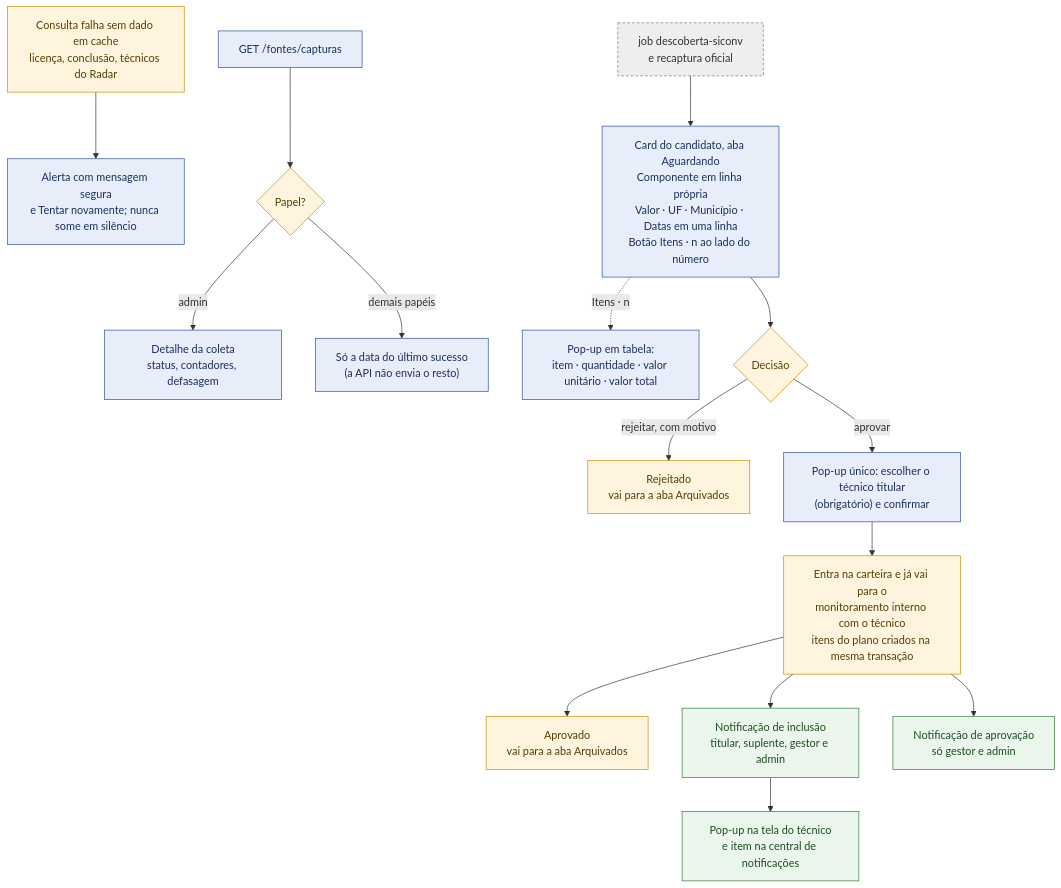
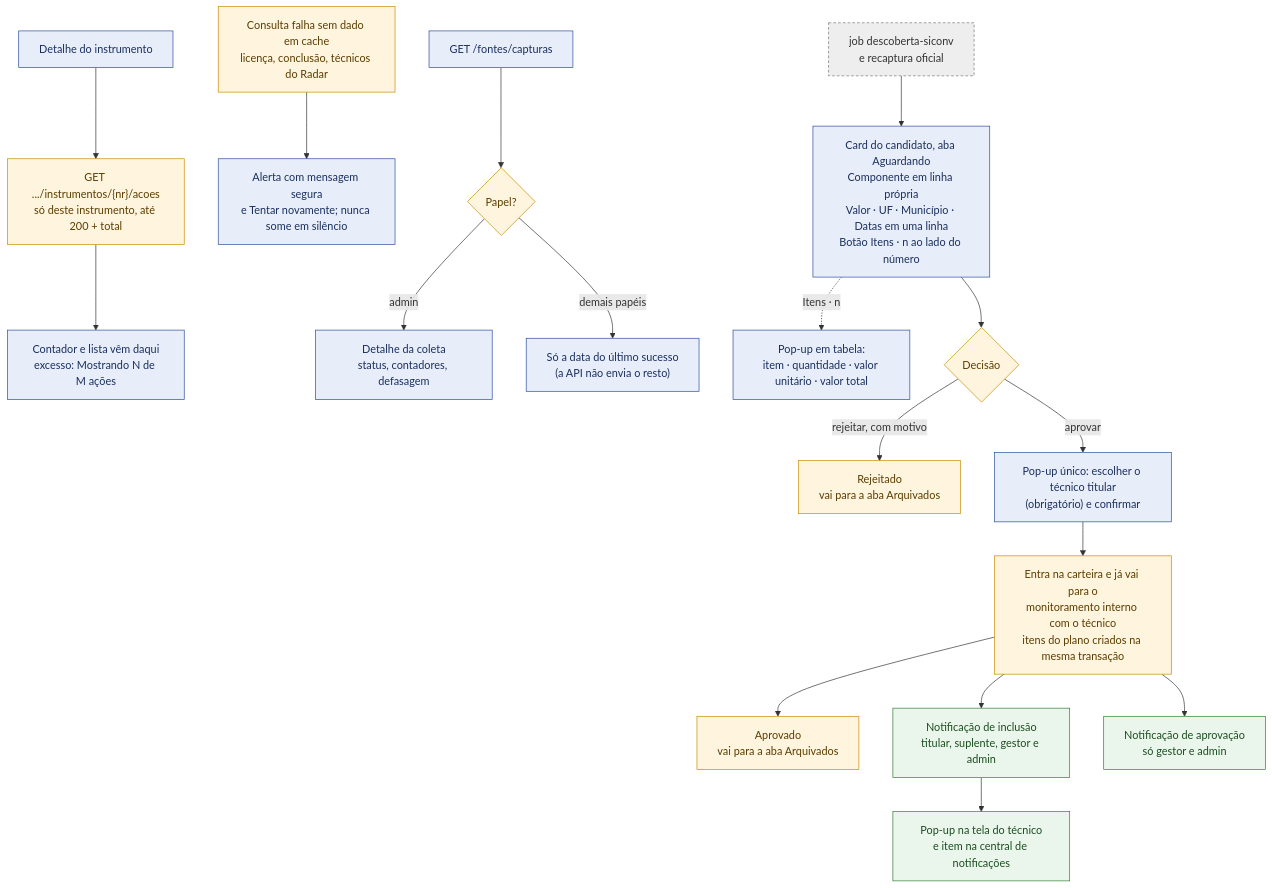
Before and after one commit to devs-ministerio/par_equipamentos: the tenth of 11 diagrams in docs/arquitetura/mapa-monitoramento-interno-2026-11-19.md, drawn with Mermaid. The commit also changed 14 other files, not shown here.

First line of the commit message:
fix(monitoramento): detalhe lê as ações do instrumento direto no backend

````diff
--- a/docs/arquitetura/mapa-monitoramento-interno-2026-11-19.md
+++ b/docs/arquitetura/mapa-monitoramento-interno-2026-11-19.md
@@ -311,22 +311,23 @@
 ```mermaid
 flowchart TB
     classDef job fill:#EEE,stroke:#777,color:#333,stroke-dasharray:4 3
     classDef tela fill:#E8EEF9,stroke:#2A4D9B,color:#1a2f5e
     classDef regra fill:#FFF4DD,stroke:#C98A00,color:#5a3d00
     classDef aviso fill:#EAF6EC,stroke:#2E7D32,color:#1b4d1e
 
+    ACOESDET["Detalhe do instrumento"]:::tela --> ACOESAPI["GET .../instrumentos/{nr}/acoes<br/>só deste instrumento, até 200 + total"]:::regra --> ACOESTELA["Contador e lista vêm daqui<br/>excesso: Mostrando N de M ações"]:::tela
     ERRO["Consulta falha sem dado em cache<br/>licença, conclusão, técnicos do Radar"]:::regra --> RETRY["Alerta com mensagem segura<br/>e Tentar novamente; nunca some em silêncio"]:::tela
     FONTES["GET /fontes/capturas"]:::tela --> PAPEL{"Papel?"}:::regra
     PAPEL -->|"admin"| DET["Detalhe da coleta<br/>status, contadores, defasagem"]:::tela
     PAPEL -->|"demais papéis"| RESUMO["Só a data do último sucesso<br/>(a API não envia o resto)"]:::tela
     J["job descoberta-siconv<br/>e recaptura oficial"]:::job --> CARD["Card do candidato, aba Aguardando<br/>Componente em linha própria<br/>Valor · UF · Município · Datas em uma linha<br/>Botão Itens · n ao lado do número"]:::tela
     CARD -. "Itens · n" .-> TAB["Pop-up em tabela:<br/>item · quantidade · valor unitário · valor total"]:::tela
     CARD --> D{"Decisão"}:::regra
     D -->|"rejeitar, com motivo"| REJ["Rejeitado<br/>vai para a aba Arquivados"]:::regra
     D -->|"aprovar"| DLG["Pop-up único: escolher o técnico titular<br/>(obrigatório) e confirmar"]:::tela
     DLG --> MON["Entra na carteira e já vai para o<br/>monitoramento interno com o técnico<br/>itens do plano criados na mesma transação"]:::regra
     MON --> ARQ["Aprovado<br/>vai para a aba Arquivados"]:::regra
     MON --> N1["Notificação de inclusão<br/>titular, suplente, gestor e admin"]:::aviso
     N1 --> POP["Pop-up na tela do técnico<br/>e item na central de notificações"]:::aviso
     MON --> N2["Notificação de aprovação<br/>só gestor e admin"]:::aviso
 ```
````
